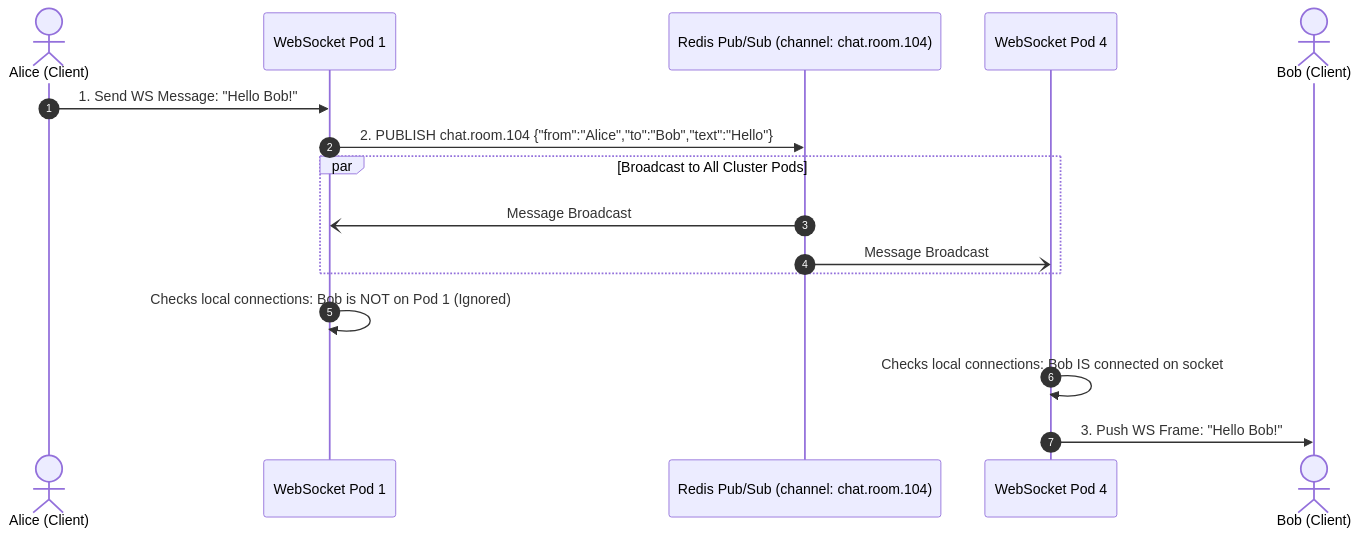
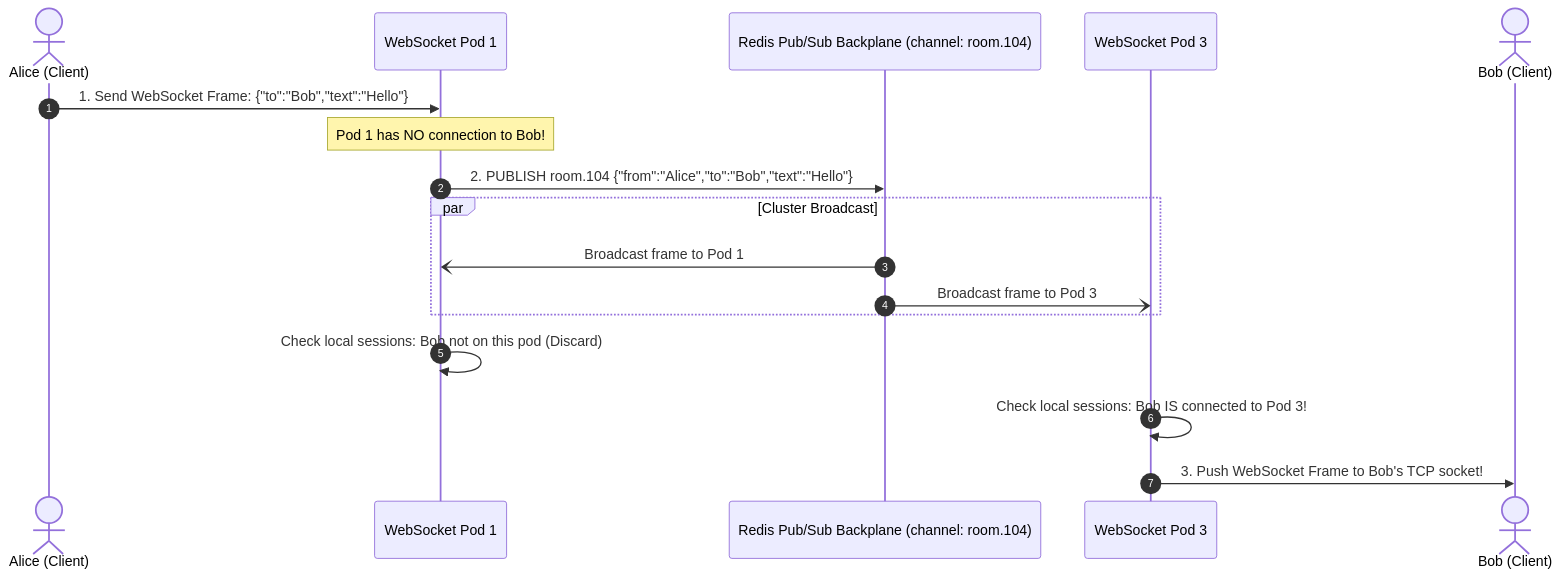
The third of 3 diagrams in docs/advanced/realtime-websockets.mdx (weaponxwolf/backend-engineering-mastry), drawn with Mermaid before and after one commit. The commit also changed other lines of this file and 15 other files, not shown here.

````diff
--- a/docs/advanced/realtime-websockets.mdx
+++ b/docs/advanced/realtime-websockets.mdx
@@ -55,21 +247,22 @@
 ```mermaid
 sequenceDiagram
     autonumber
     actor Alice as Alice (Client)
     participant Pod1 as WebSocket Pod 1
-    participant Backplane as Redis Pub/Sub (channel: chat.room.104)
-    participant Pod4 as WebSocket Pod 4
+    participant Redis as Redis Pub/Sub Backplane (channel: room.104)
+    participant Pod3 as WebSocket Pod 3
     actor Bob as Bob (Client)
 
-    Alice->>Pod1: 1. Send WS Message: "Hello Bob!"
-    Pod1->>Backplane: 2. PUBLISH chat.room.104 {"from":"Alice","to":"Bob","text":"Hello"}
+    Alice->>Pod1: 1. Send WebSocket Frame: {"to":"Bob","text":"Hello"}
+    Note over Pod1: Pod 1 has NO connection to Bob!
+    Pod1->>Redis: 2. PUBLISH room.104 {"from":"Alice","to":"Bob","text":"Hello"}
     
-    par Broadcast to All Cluster Pods
-        Backplane-)Pod1: Message Broadcast
-        Backplane-)Pod4: Message Broadcast
+    par Cluster Broadcast
+        Redis-)Pod1: Broadcast frame to Pod 1
+        Redis-)Pod3: Broadcast frame to Pod 3
     end
-    
-    Pod1->>Pod1: Checks local connections: Bob is NOT on Pod 1 (Ignored)
-    Pod4->>Pod4: Checks local connections: Bob IS connected on socket #8942!
-    Pod4->>Bob: 3. Push WS Frame: "Hello Bob!"
+
+    Pod1->>Pod1: Check local sessions: Bob not on this pod (Discard)
+    Pod3->>Pod3: Check local sessions: Bob IS connected to Pod 3!
+    Pod3->>Bob: 3. Push WebSocket Frame to Bob's TCP socket!
 ```
````
